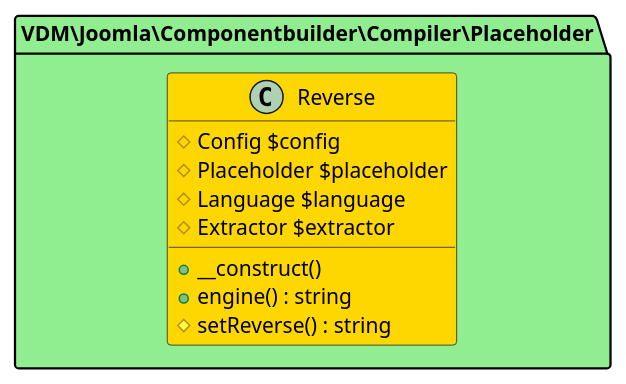
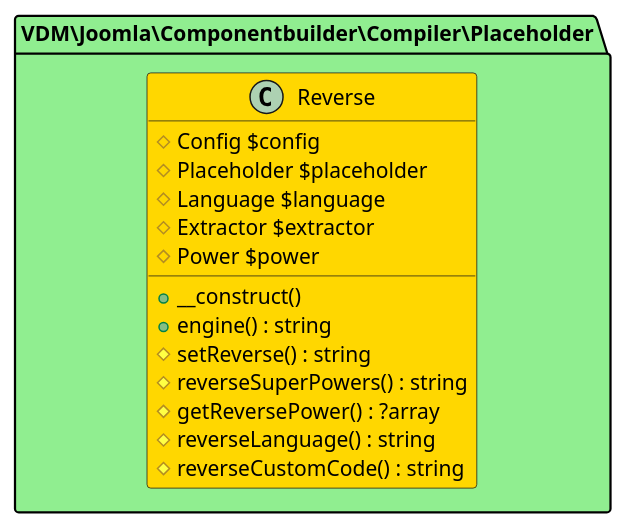
Before and after one commit to joomengine/jcb-compiler: diagram 19 of 34 in README.md, drawn with PlantUML. The commit also changed other lines of this file and 65 other files, not shown here.

````diff
--- a/README.md
+++ b/README.md
@@ -1580,20 +1613,25 @@
 ```uml
 @startuml
 
 namespace VDM\Joomla\Componentbuilder\Compiler\Placeholder #LightGreen {
 
 
   class Reverse  #Gold {
     # Config $config
     # Placeholder $placeholder
     # Language $language
     # Extractor $extractor
+    # Power $power
     + __construct()
     + engine() : string
     # setReverse() : string
+    # reverseSuperPowers() : string
+    # getReversePower() : ?array
+    # reverseLanguage() : string
+    # reverseCustomCode() : string
   }
 }
 
 
 @enduml
 ```
````
